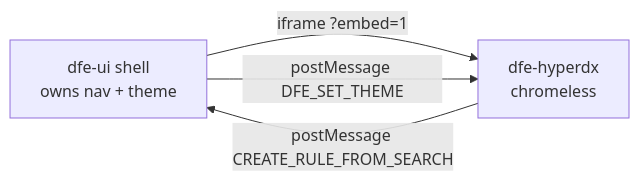
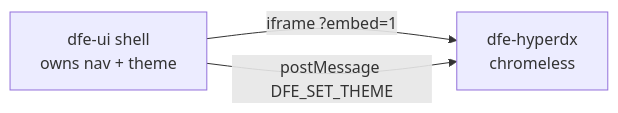
The diagram in docs/observe-embed.md (hyperi-io/dfe-ui), drawn with Mermaid before and after one commit. The commit also changed other lines of this file and 57 other files, not shown here.

````diff
--- a/docs/observe-embed.md
+++ b/docs/observe-embed.md
@@ -8,6 +8,5 @@
 ```mermaid
 flowchart LR
     SHELL[dfe-ui shell<br/>owns nav + theme] -->|iframe ?embed=1| HDX[dfe-hyperdx<br/>chromeless]
-    HDX -->|postMessage CREATE_RULE_FROM_SEARCH| SHELL
     SHELL -->|postMessage DFE_SET_THEME| HDX
 ```
````
